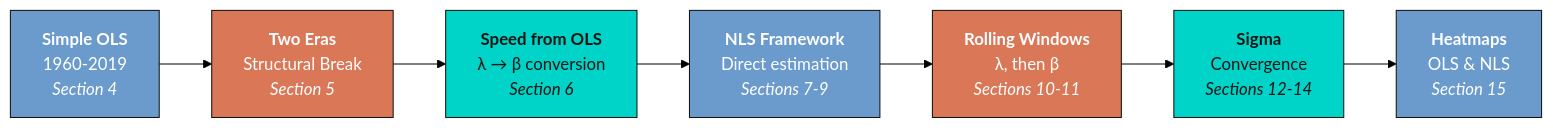
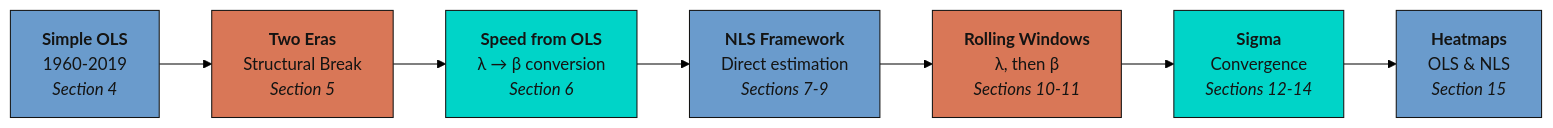
Before and after one commit to cmg777/starter-academic-v501: the first of 2 diagrams in content/post/stata_convergence/index.md, drawn with Mermaid (forest theme). The commit also changed other lines of this file and 67 other files, not shown here.

First line of the commit message:
fix(mermaid): readable diagram text in both themes across the site

````diff
--- a/content/post/stata_convergence/index.md
+++ b/content/post/stata_convergence/index.md
@@ -246,20 +246,20 @@
 ```mermaid
 graph LR
     A["<b>Simple OLS</b><br/>1960-2019<br/><i>Section 4</i>"]
     B["<b>Two Eras</b><br/>Structural Break<br/><i>Section 5</i>"]
     C["<b>Speed from OLS</b><br/>λ → β conversion<br/><i>Section 6</i>"]
     D["<b>NLS Framework</b><br/>Direct estimation<br/><i>Sections 7-9</i>"]
     E["<b>Rolling Windows</b><br/>λ, then β<br/><i>Sections 10-11</i>"]
     F["<b>Sigma</b><br/>Convergence<br/><i>Sections 12-14</i>"]
     G["<b>Heatmaps</b><br/>OLS & NLS<br/><i>Section 15</i>"]
 
     A --> B --> C --> D --> E --> F --> G
 
-    style A fill:#6a9bcc,stroke:#141413,color:#fff
-    style B fill:#d97757,stroke:#141413,color:#fff
+    style A fill:#6a9bcc,stroke:#141413,color:#141413
+    style B fill:#d97757,stroke:#141413,color:#141413
     style C fill:#00d4c8,stroke:#141413,color:#141413
-    style D fill:#6a9bcc,stroke:#141413,color:#fff
-    style E fill:#d97757,stroke:#141413,color:#fff
+    style D fill:#6a9bcc,stroke:#141413,color:#141413
+    style E fill:#d97757,stroke:#141413,color:#141413
     style F fill:#00d4c8,stroke:#141413,color:#141413
-    style G fill:#6a9bcc,stroke:#141413,color:#fff
+    style G fill:#6a9bcc,stroke:#141413,color:#141413
 ```
````
